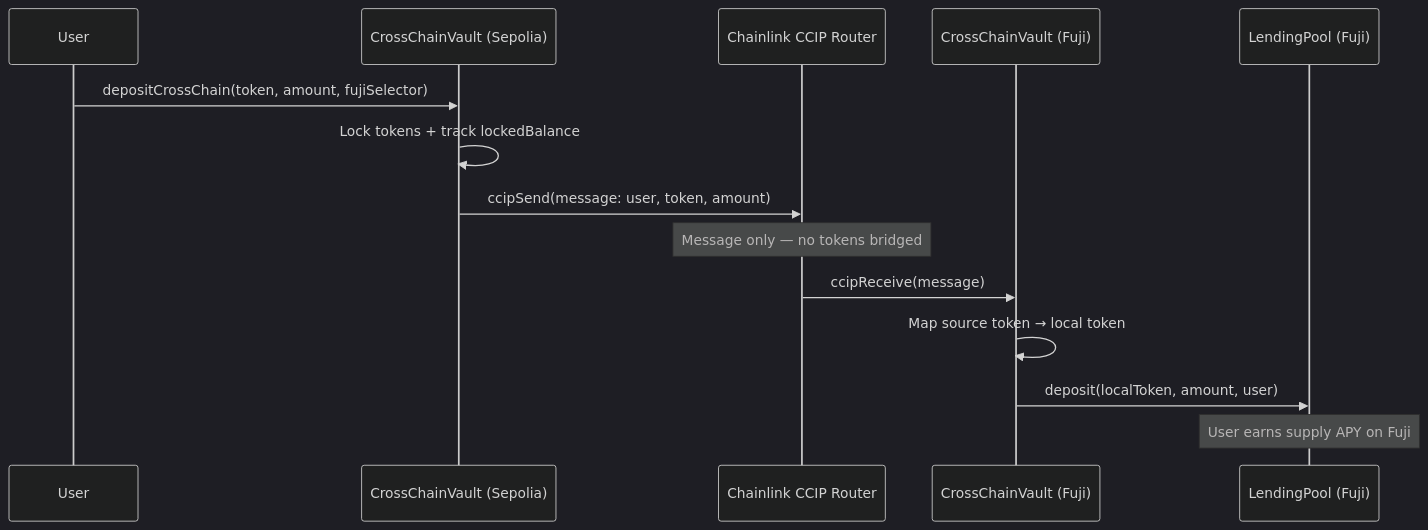
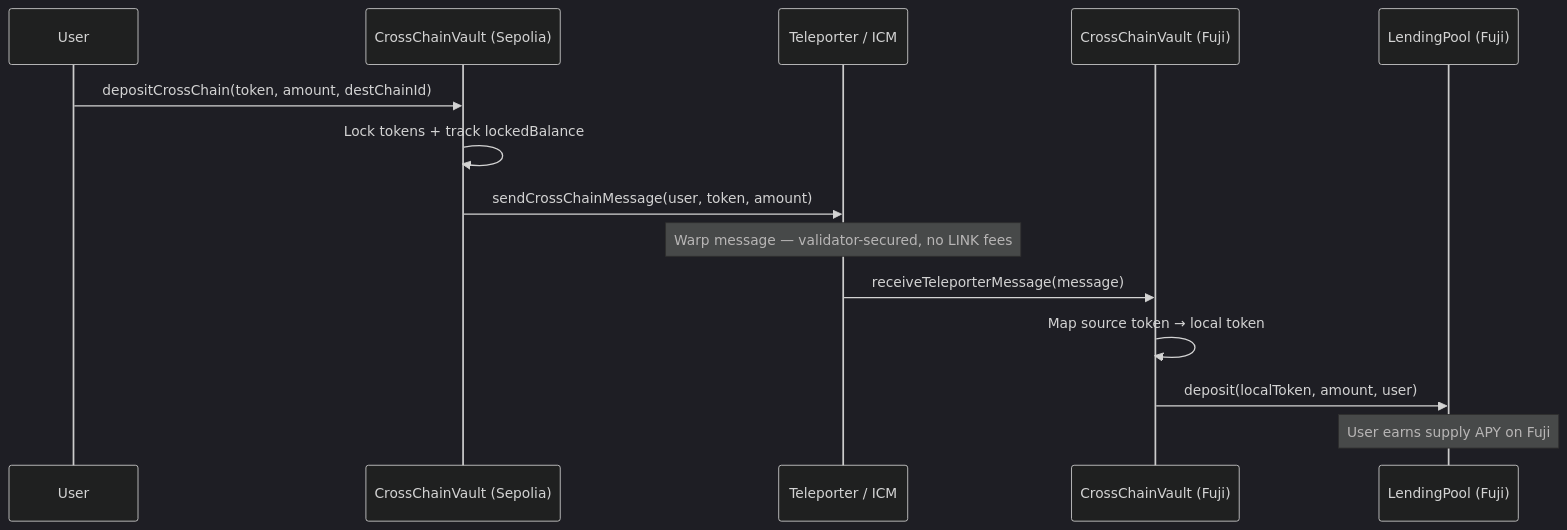
Before and after one commit to BitBand-Labs/aion-yields: the fourth of 4 diagrams in README.md, drawn with Mermaid (dark theme). The commit also changed other lines of this file and 2 other files, not shown here.

````diff
--- a/README.md
+++ b/README.md
@@ -229,17 +232,17 @@
 ```mermaid
 sequenceDiagram
     participant User
     participant SrcVault as CrossChainVault (Sepolia)
-    participant CCIP as Chainlink CCIP Router
+    participant AWM as Teleporter / ICM
     participant DstVault as CrossChainVault (Fuji)
     participant DstPool as LendingPool (Fuji)
 
-    User->>SrcVault: depositCrossChain(token, amount, fujiSelector)
+    User->>SrcVault: depositCrossChain(token, amount, destChainId)
     SrcVault->>SrcVault: Lock tokens + track lockedBalance
-    SrcVault->>CCIP: ccipSend(message: user, token, amount)
-    Note over CCIP: Message only — no tokens bridged
-    CCIP->>DstVault: ccipReceive(message)
+    SrcVault->>AWM: sendCrossChainMessage(user, token, amount)
+    Note over AWM: Warp message — validator-secured, no LINK fees
+    AWM->>DstVault: receiveTeleporterMessage(message)
     DstVault->>DstVault: Map source token → local token
     DstVault->>DstPool: deposit(localToken, amount, user)
     Note over DstPool: User earns supply APY on Fuji
 ```
````
